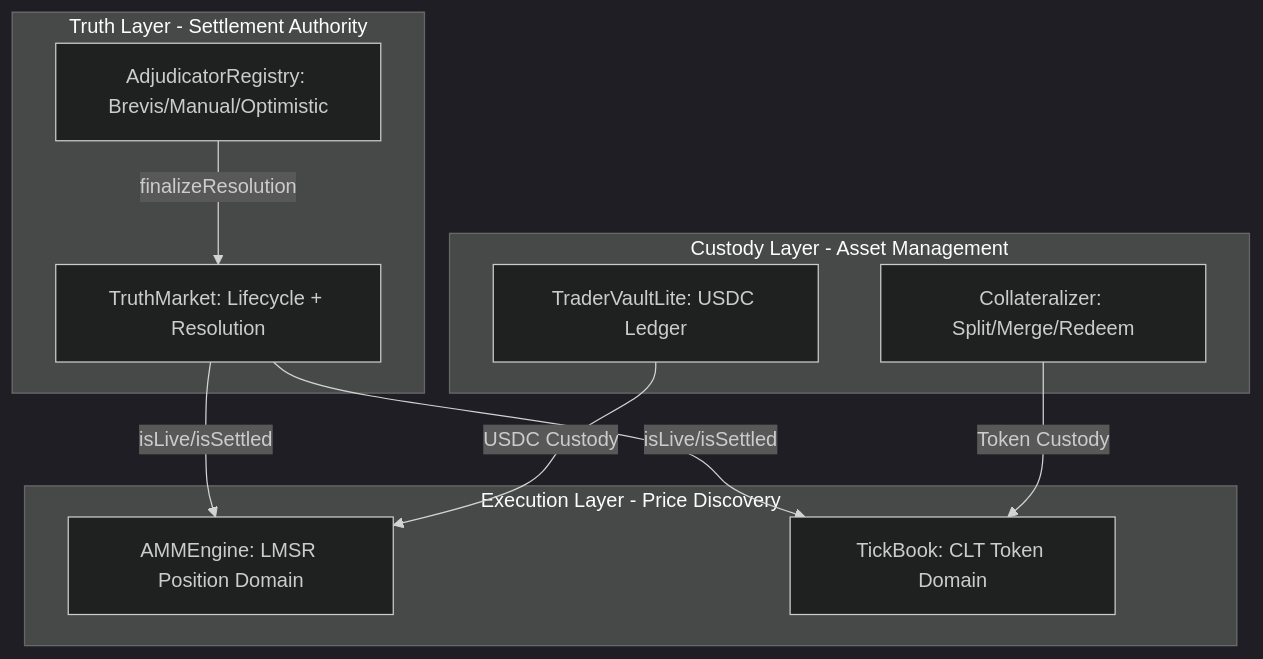
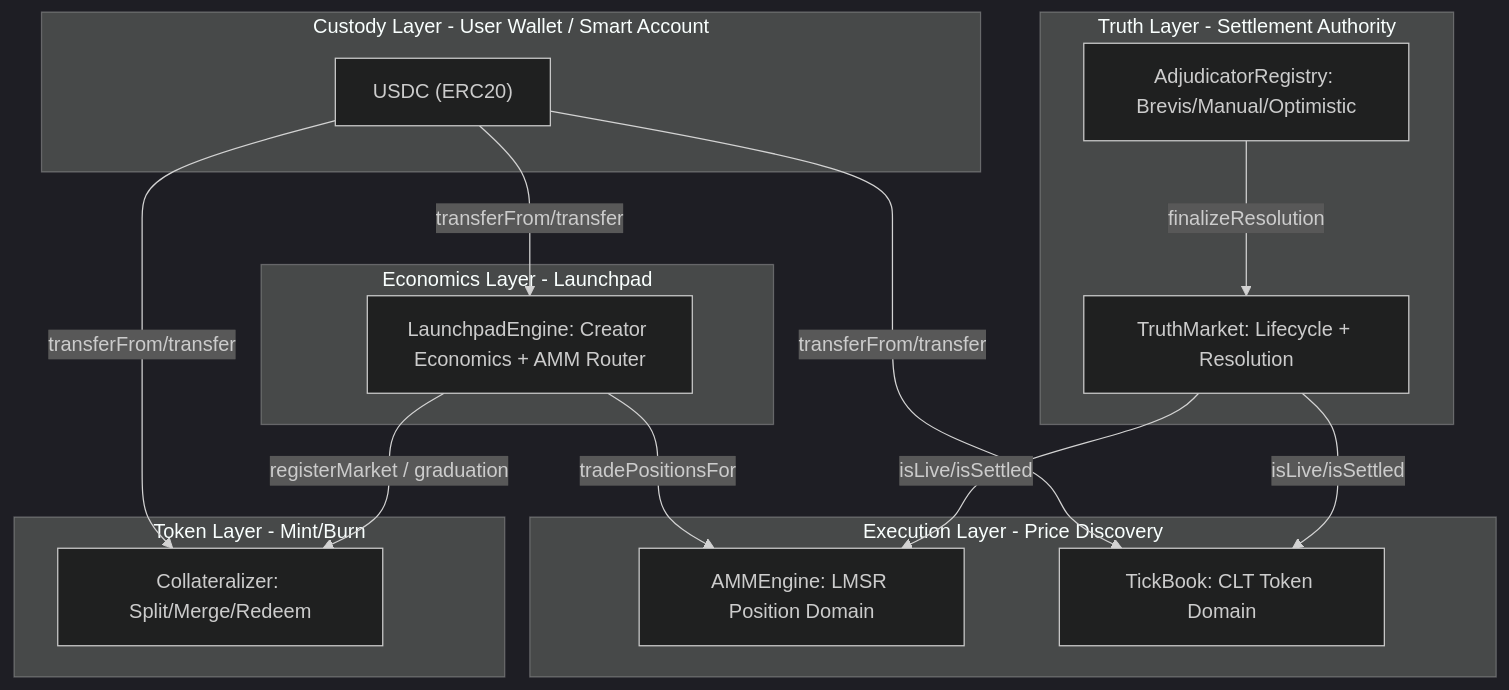
One commit to Tora-Build/sooth-sdk changed the diagram in packages/contracts-evm/docs/research/V8/V8_MODULAR_ARCHITECTURE.md. Above: the diagram before and after it, drawn with Mermaid (dark theme). The commit also changed other lines of this file and 45 other files, not shown here.

````diff
--- a/packages/contracts-evm/docs/research/V8/V8_MODULAR_ARCHITECTURE.md
+++ b/packages/contracts-evm/docs/research/V8/V8_MODULAR_ARCHITECTURE.md
@@ -38,25 +38,33 @@
 ```mermaid
 graph TB
     subgraph Truth_Layer[Truth Layer - Settlement Authority]
         TM["TruthMarket: Lifecycle + Resolution"]
         AR["AdjudicatorRegistry: Brevis/Manual/Optimistic"]
     end
 
+    subgraph Economics_Layer[Economics Layer - Launchpad]
+        LP["LaunchpadEngine: Creator Economics + AMM Router"]
+    end
+
     subgraph Execution_Layer[Execution Layer - Price Discovery]
         AMM["AMMEngine: LMSR Position Domain"]
         TB["TickBook: CLT Token Domain"]
     end
 
-    subgraph Custody_Layer[Custody Layer - Asset Management]
+    subgraph Token_Layer[Token Layer - Mint/Burn]
         COL["Collateralizer: Split/Merge/Redeem"]
-        TV["TraderVaultLite: USDC Ledger"]
     end
 
-
+    subgraph Custody_Layer[Custody Layer - User Wallet / Smart Account]
+        USDC["USDC (ERC20)"]
+    end
 
     TM -->|isLive/isSettled| AMM
     TM -->|isLive/isSettled| TB
     AR -->|finalizeResolution| TM
-    TV -->|USDC Custody| AMM
-    COL -->|Token Custody| TB
+    LP -->|tradePositionsFor| AMM
+    LP -->|registerMarket / graduation| COL
+    USDC -->|transferFrom/transfer| LP
+    USDC -->|transferFrom/transfer| TB
+    USDC -->|transferFrom/transfer| COL
 ```
````
